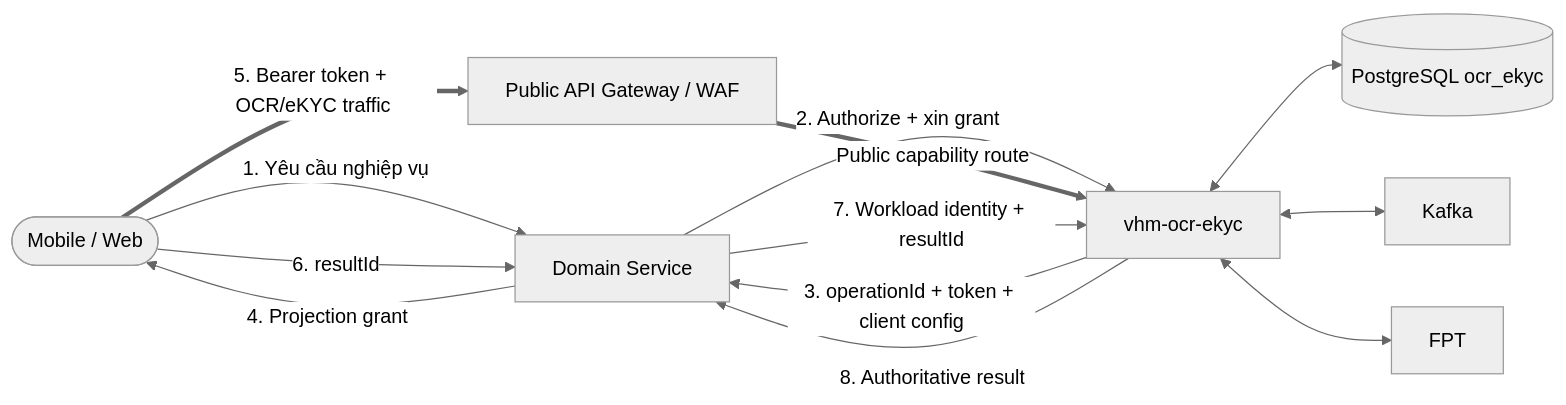
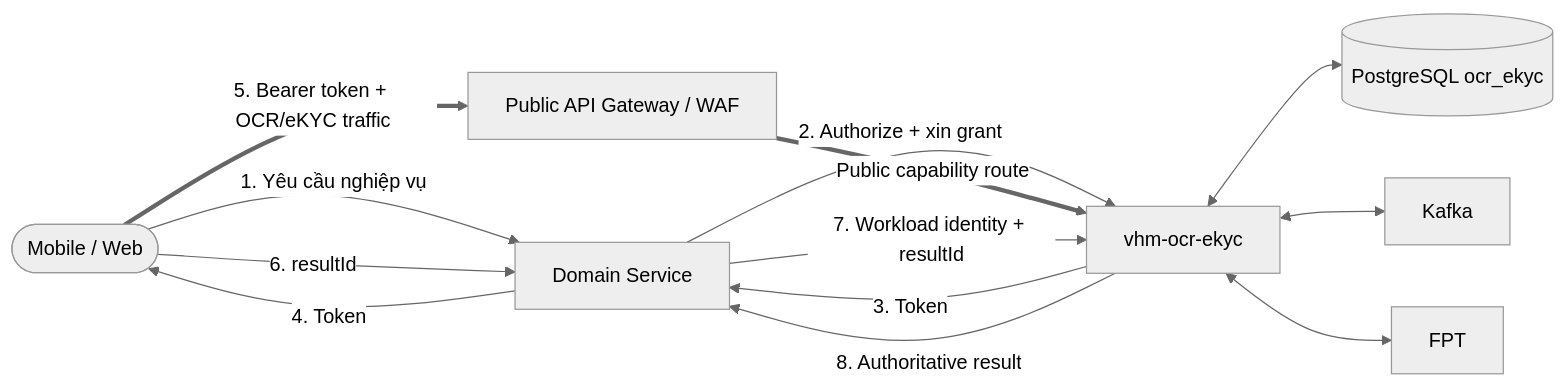
The first of 6 diagrams in tdd-ocr-ekyc-delegated-client-flow.md (huynv-xyz/vhm), drawn with Mermaid (neutral theme) before and after one commit. The commit also changed other lines of this file, not shown here.

````diff
--- a/tdd-ocr-ekyc-delegated-client-flow.md
+++ b/tdd-ocr-ekyc-delegated-client-flow.md
@@ -107,25 +106,25 @@
 ```mermaid
 flowchart LR
     CLIENT([Mobile / Web])
     DOMAIN[Domain Service]
     EDGE[Public API Gateway / WAF]
     OCR_EKYC[vhm-ocr-ekyc]
     DB[(PostgreSQL ocr_ekyc)]
     KAFKA[Kafka]
     FPT[FPT]
 
     CLIENT -->|1. Yêu cầu nghiệp vụ| DOMAIN
     DOMAIN -->|2. Authorize + xin grant| OCR_EKYC
-    OCR_EKYC -->|3. operationId + token + client config| DOMAIN
-    DOMAIN -->|4. Projection grant| CLIENT
+    OCR_EKYC -->|3. Token| DOMAIN
+    DOMAIN -->|4. Token| CLIENT
 
     CLIENT ==>|5. Bearer token + OCR/eKYC traffic| EDGE
     EDGE ==>|Public capability route| OCR_EKYC
     OCR_EKYC <--> DB
     OCR_EKYC <--> KAFKA
     OCR_EKYC <--> FPT
 
     CLIENT -->|6. resultId| DOMAIN
     DOMAIN -->|7. Workload identity + resultId| OCR_EKYC
     OCR_EKYC -->|8. Authoritative result| DOMAIN
 ```
````
